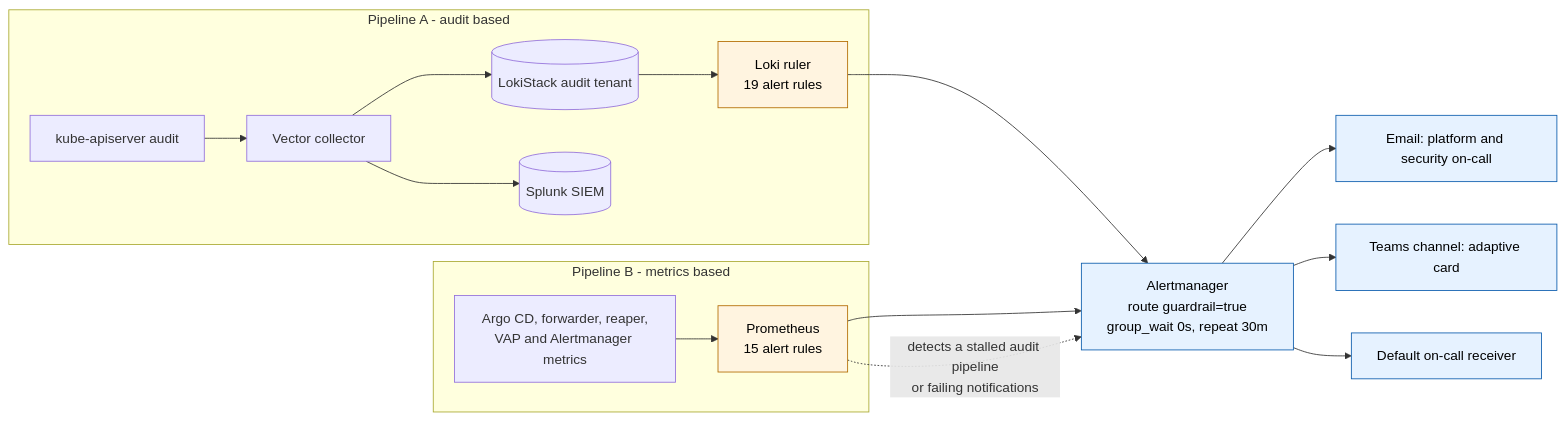
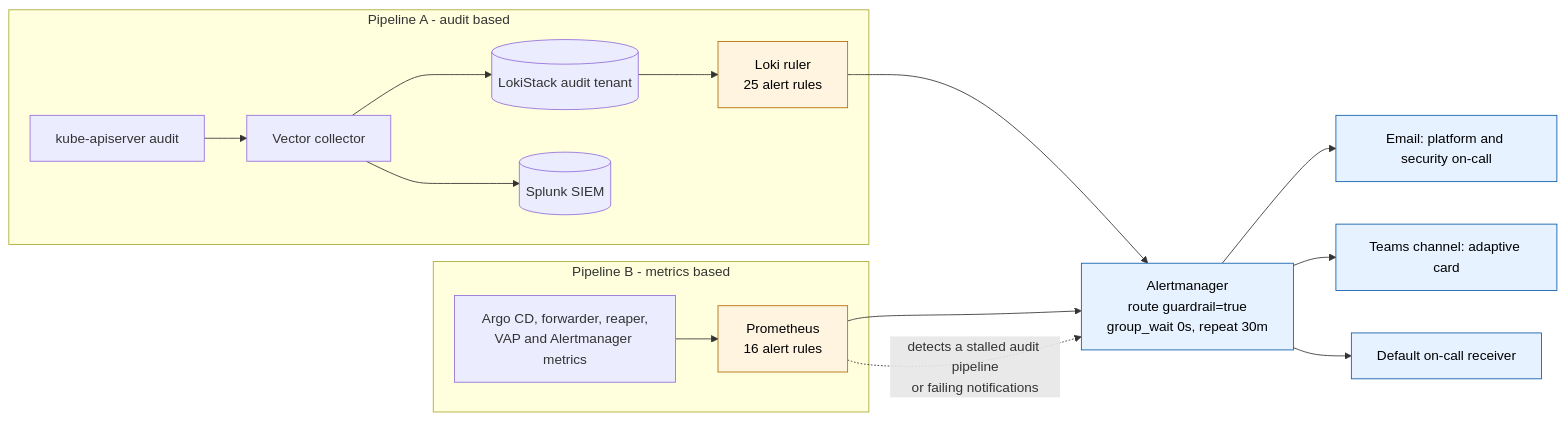
Diagram 11 of 13 in docs/18-the-story.md (a2z-ice/openshift-gaurdtail), drawn with Mermaid before and after one commit. The commit also changed other lines of this file and 61 other files, not shown here.

````diff
--- a/docs/18-the-story.md
+++ b/docs/18-the-story.md
@@ -539,22 +541,22 @@
 ```mermaid
 flowchart LR
     subgraph A["Pipeline A - audit based"]
         KAS["kube-apiserver audit"] --> VEC["Vector collector"]
         VEC --> LK[("LokiStack audit tenant")]
-        LK --> LR["Loki ruler<br/>19 alert rules"]
+        LK --> LR["Loki ruler<br/>25 alert rules"]
         VEC --> SPL[("Splunk SIEM")]
     end
     subgraph B["Pipeline B - metrics based"]
-        MET["Argo CD, forwarder, reaper,<br/>VAP and Alertmanager metrics"] --> PR["Prometheus<br/>15 alert rules"]
+        MET["Argo CD, forwarder, reaper,<br/>VAP and Alertmanager metrics"] --> PR["Prometheus<br/>16 alert rules"]
     end
     LR --> AM["Alertmanager<br/>route guardrail=true<br/>group_wait 0s, repeat 30m"]
     PR --> AM
     AM --> EM["Email: platform and security on-call"]
     AM --> TM["Teams channel: adaptive card"]
     AM --> DEF["Default on-call receiver"]
     PR -. "detects a stalled audit pipeline<br/>or failing notifications" .-> AM
     classDef detect fill:#fff4e0,stroke:#b36b00,color:#000
     classDef notify fill:#e6f2ff,stroke:#0b5cad,color:#000
     class LR,PR detect
     class AM,EM,TM,DEF notify
 ```
````
